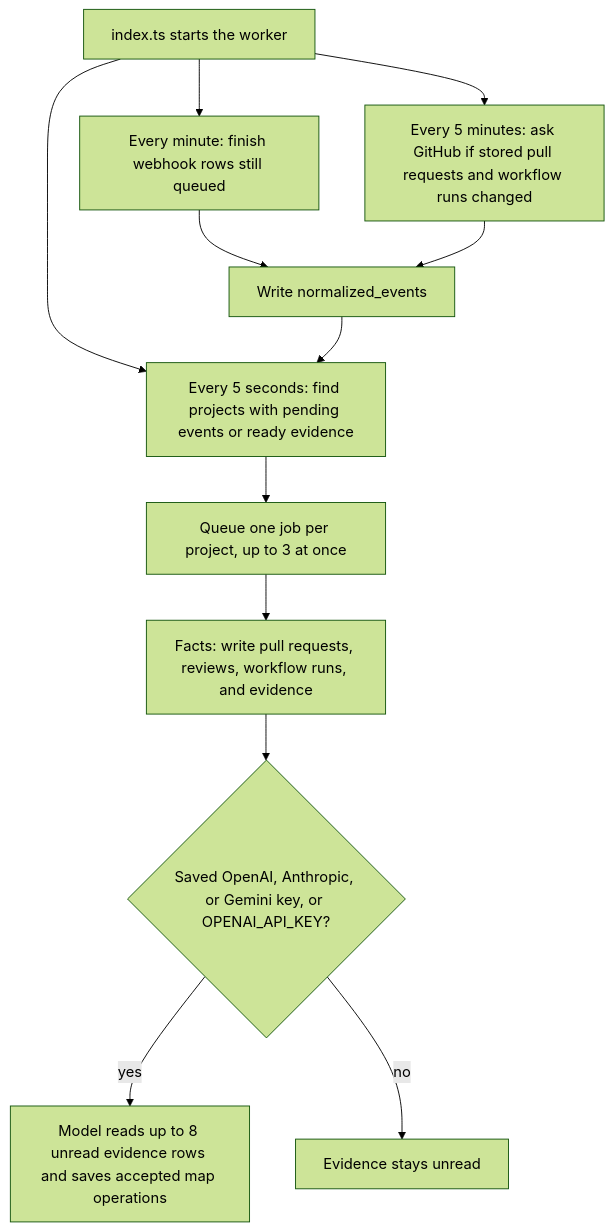
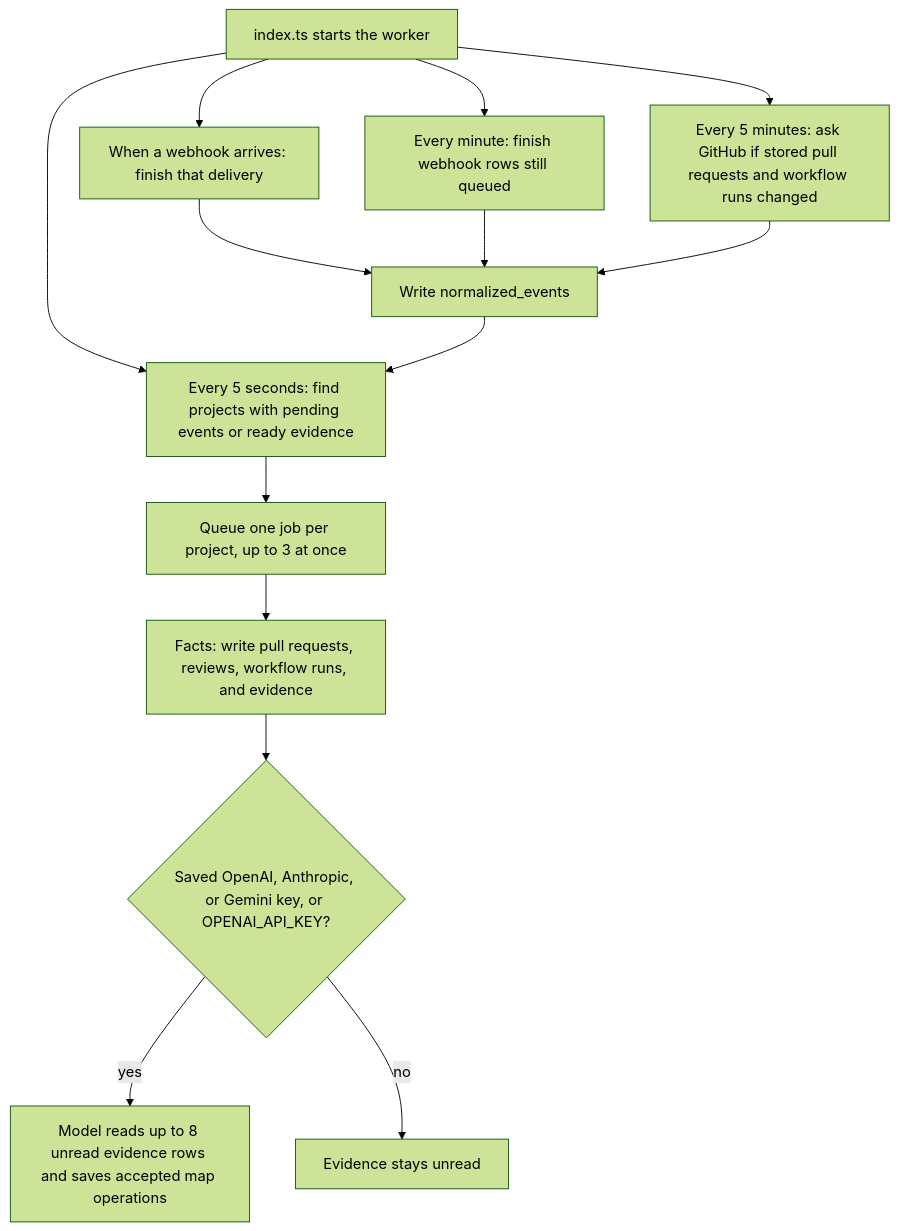
The diagram in apps/worker/README.md (bryanlaiwei/automatic-project-map), drawn with Mermaid (forest theme) before and after one commit. The commit also changed other lines of this file and 13 other files, not shown here.

````diff
--- a/apps/worker/README.md
+++ b/apps/worker/README.md
@@ -7,16 +7,18 @@
 ```mermaid
 flowchart TD
-  start["index.ts starts the worker"] --> minute["Every minute: finish webhook rows still queued"]
+  start["index.ts starts the worker"] --> jobIn["When a webhook arrives: finish that delivery"]
+  start --> minute["Every minute: finish webhook rows still queued"]
   start --> fiveMin["Every 5 minutes: ask GitHub if stored pull requests and workflow runs changed"]
   start --> fiveSec["Every 5 seconds: find projects with pending events or ready evidence"]
 
-  minute --> events["Write normalized_events"]
+  jobIn --> events["Write normalized_events"]
+  minute --> events
   fiveMin --> events
 
   fiveSec --> job["Queue one job per project, up to 3 at once"]
   job --> facts["Facts: write pull requests, reviews, workflow runs, and evidence"]
   facts --> model{"Saved OpenAI, Anthropic, or Gemini key, or OPENAI_API_KEY?"}
   model -->|yes| interpret["Model reads up to 8 unread evidence rows and saves accepted map operations"]
   model -->|no| wait["Evidence stays unread"]
   events --> fiveSec
 ```
````
